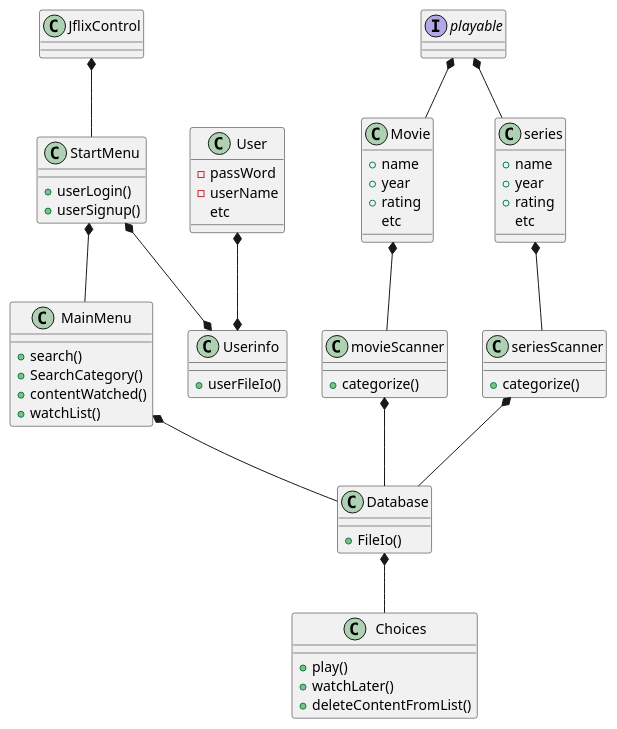
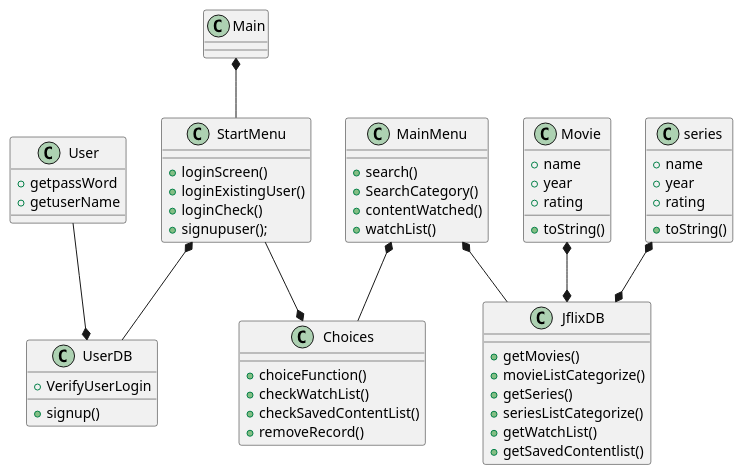
Before and after one commit to JuliusLansner/SP3-J: the diagram in sp33/src/sp3.puml, drawn with PlantUML. The commit also changed 3 other files, not shown here.

```diff
--- a/sp33/src/sp3.puml
+++ b/sp33/src/sp3.puml
@@ -1,73 +1,81 @@
 @startuml
 
-class JflixControl
+class Main
 
 class StartMenu
 
-StartMenu : + userLogin()
-StartMenu : + userSignup()
+StartMenu : + loginScreen()
+StartMenu : + loginExistingUser()
+StartMenu : + loginCheck()
+StartMenu : + signupuser();
+
 
 class MainMenu
 MainMenu : +search()
 MainMenu : +SearchCategory()
 MainMenu : +contentWatched()
 MainMenu : +watchList()
 
-class Userinfo
-Userinfo : +userFileIo()
+class UserDB
+UserDB : +VerifyUserLogin
+UserDB : +signup()
+
+
 
 
 class User
-User : -passWord
-User : -userName
-User : etc
+User : +getpassWord
+User : +getuserName
 
-class Database
-Database : +FileIo()
+
+class JflixDB
+JflixDB : +getMovies()
+JflixDB : +movieListCategorize()
+JflixDB : +getSeries()
+JflixDB : +seriesListCategorize()
+JflixDB : +getWatchList()
+JflixDB : +getSavedContentlist()
+
 
 class Choices
-Choices : +play()
-Choices : +watchLater()
-Choices : +deleteContentFromList()
+Choices : +choiceFunction()
+Choices : +checkWatchList()
+Choices : +checkSavedContentList()
+Choices : +removeRecord()
+
 
 class Movie
 Movie : +name
 Movie : +year
 Movie : +rating
-Movie : etc
-
-class movieScanner
-movieScanner : +categorize()
-
-class seriesScanner
-seriesScanner : +categorize()
+Movie : +toString()
 
 class series
 series : +name
 series : +year
 series : +rating
-series : etc
+series : +toString()
 
-interface playable
 
-movieScanner *-- Database
-seriesScanner *-- Database
-Movie *-- movieScanner
-series *-- seriesScanner
 
-StartMenu *-- MainMenu
-JflixControl *-- StartMenu
-MainMenu *-- Database
-Database *-- Choices
 
-User *--* Userinfo
+series *--* JflixDB
+Movie *--* JflixDB
 
-StartMenu *--* Userinfo
 
-playable *-- Movie
-playable *-- series
+StartMenu --* Choices
+Main *-- StartMenu
+MainMenu *-- JflixDB
+MainMenu *-- Choices
+
+StartMenu *-- UserDB
+User --*UserDB
+
+
+
+
 
 
 
 
 @enduml
```
